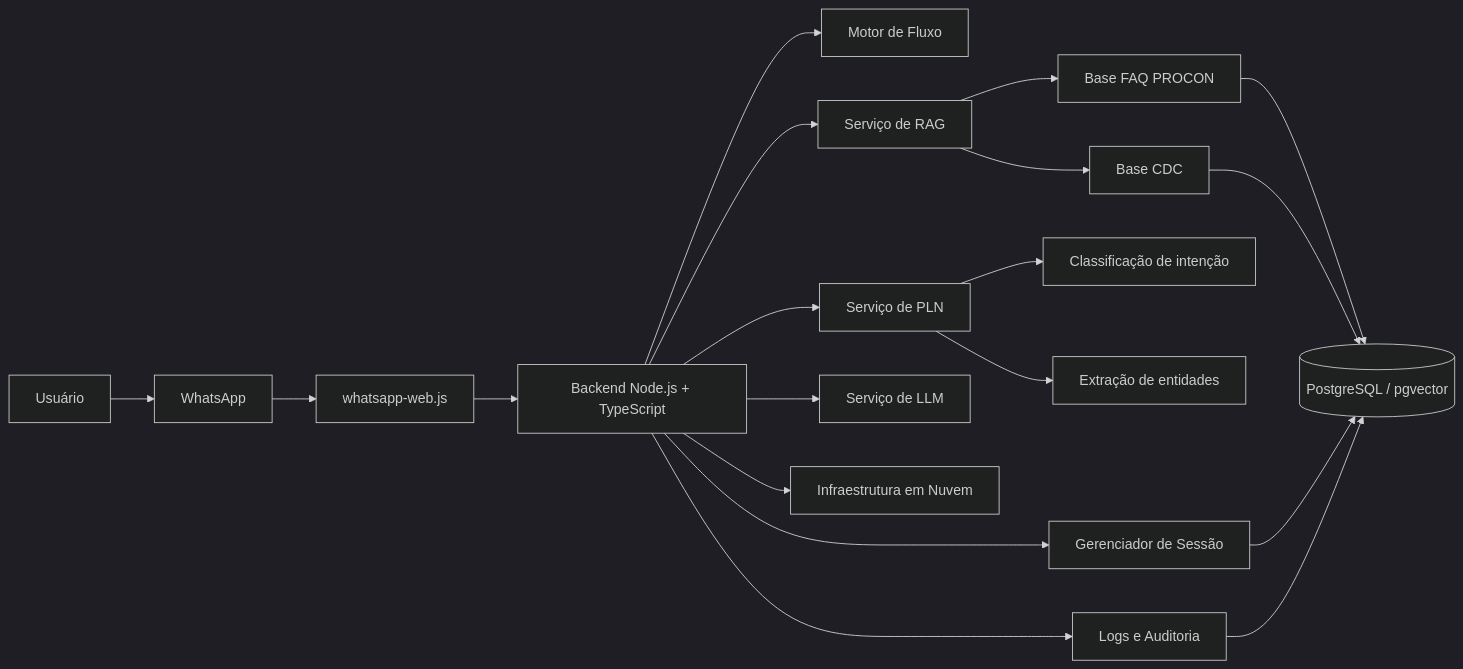
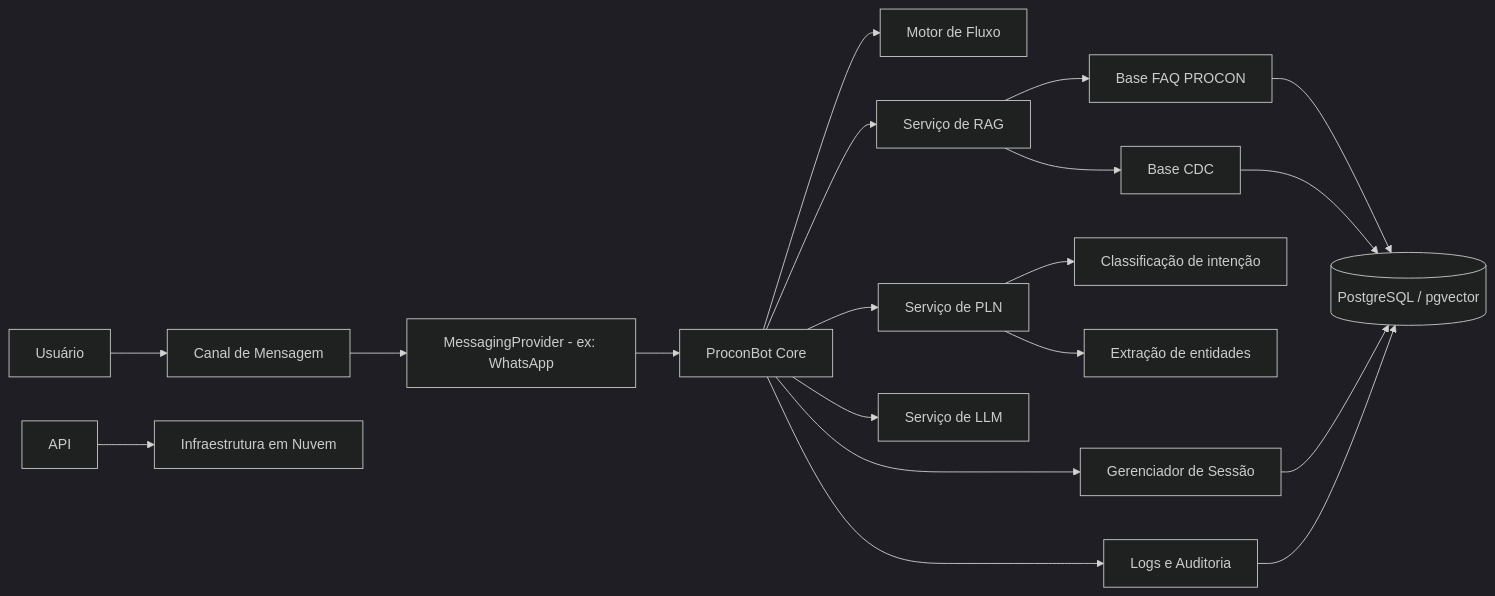
One commit to innocode-solutions/abp_6dsm changed the third of 5 diagrams in README.md. Above: the diagram before and after it, drawn with Mermaid (dark theme). The commit also changed other lines of this file and 9 other files, not shown here.

````diff
--- a/README.md
+++ b/README.md
@@ -282,27 +282,27 @@
 ```mermaid
 flowchart LR
-    U[Usuário] --> W[WhatsApp]
-    W --> WWJ[whatsapp-web.js]
+    U[Usuário] --> M[Canal de Mensagem]
+    M --> Prov[MessagingProvider - ex: WhatsApp]
 
-    WWJ --> API[Backend Node.js + TypeScript]
+    Prov --> BOT[ProconBot Core]
 
-    API --> SES[Gerenciador de Sessão]
-    API --> DEC[Motor de Fluxo]
-    API --> PLN[Serviço de PLN]
-    API --> RAG[Serviço de RAG]
-    API --> LLM[Serviço de LLM]
-    API --> AUD[Logs e Auditoria]
+    BOT --> SES[Gerenciador de Sessão]
+    BOT --> DEC[Motor de Fluxo]
+    BOT --> PLN[Serviço de PLN]
+    BOT --> RAG[Serviço de RAG]
+    BOT --> LLM[Serviço de LLM]
+    BOT --> AUD[Logs e Auditoria]
 
     PLN --> INT[Classificação de intenção]
     PLN --> ENT[Extração de entidades]
 
     RAG --> FAQ[Base FAQ PROCON]
     RAG --> CDC[Base CDC]
     FAQ --> DB[(PostgreSQL / pgvector)]
     CDC --> DB
 
     SES --> DB
     AUD --> DB
 
     API --> CLOUD[Infraestrutura em Nuvem]
 ```
````
